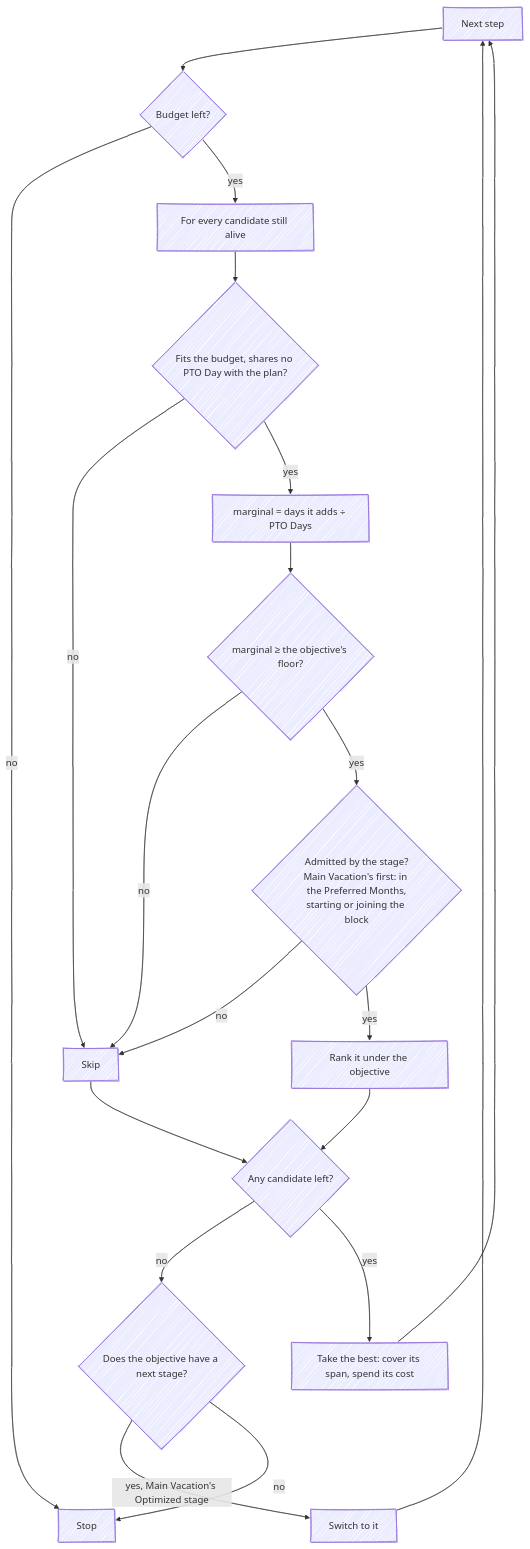
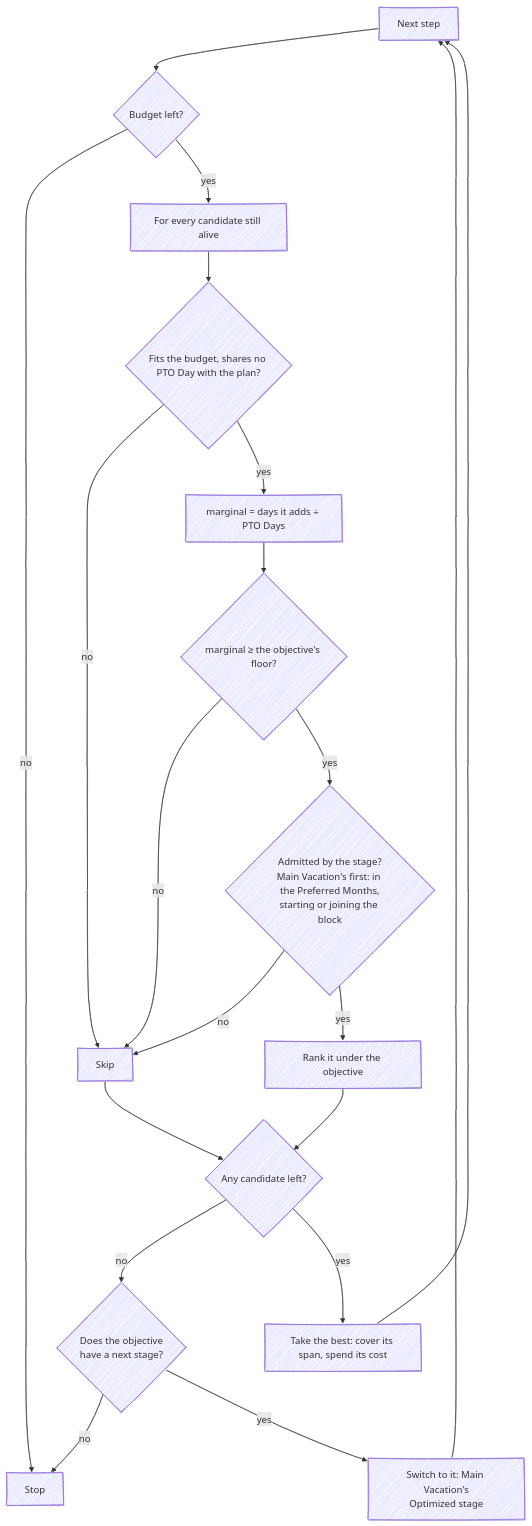
The fourth of 4 diagrams in apps/docs/src/content/docs/how-it-works/planning-algorithm.mdx (fbuireu/forever-pto), drawn with Mermaid before and after one commit. The commit also changed 26 other files, not shown here.

First line of the commit message:
docs(diagrams): fix split words, overlaps and oversized Mermaid diagrams

````diff
--- a/apps/docs/src/content/docs/how-it-works/planning-algorithm.mdx
+++ b/apps/docs/src/content/docs/how-it-works/planning-algorithm.mdx
@@ -138,25 +138,25 @@
 ```mermaid
 ---
 config:
   look: handDrawn
   layout: dagre
 ---
 flowchart TD
   STEP[Next step] --> SPENT{Budget left?}
   SPENT -- no --> DONE[Stop]
   SPENT -- yes --> EACH[For every candidate still alive]
   EACH --> FIT{Fits the budget, shares no PTO Day with the plan?}
   FIT -- no --> SKIP[Skip]
   FIT -- yes --> GAIN["marginal = days it adds ÷ PTO Days"]
   GAIN --> FLOOR{marginal ≥ the objective's floor?}
   FLOOR -- no --> SKIP
   FLOOR -- yes --> ADM{"Admitted by the stage?<br/>Main Vacation's first: in the Preferred Months,<br/>starting or joining the block"}
   ADM -- no --> SKIP
   ADM -- yes --> RANK[Rank it under the objective]
   RANK --> BEST{Any candidate left?}
   SKIP --> BEST
-  BEST -- no --> NEXT{"Does the objective have a next stage?"}
-  NEXT -- "yes, Main Vacation's Optimized stage" --> SWITCH[Switch to it] --> STEP
+  BEST -- no --> NEXT{"Does the objective<br/>have a next stage?"}
   NEXT -- no --> DONE
+  NEXT -- yes --> SWITCH["Switch to it: Main Vacation's<br/>Optimized stage"] --> STEP
   BEST -- yes --> TAKE["Take the best: cover its span, spend its cost"] --> STEP
 ```
````
